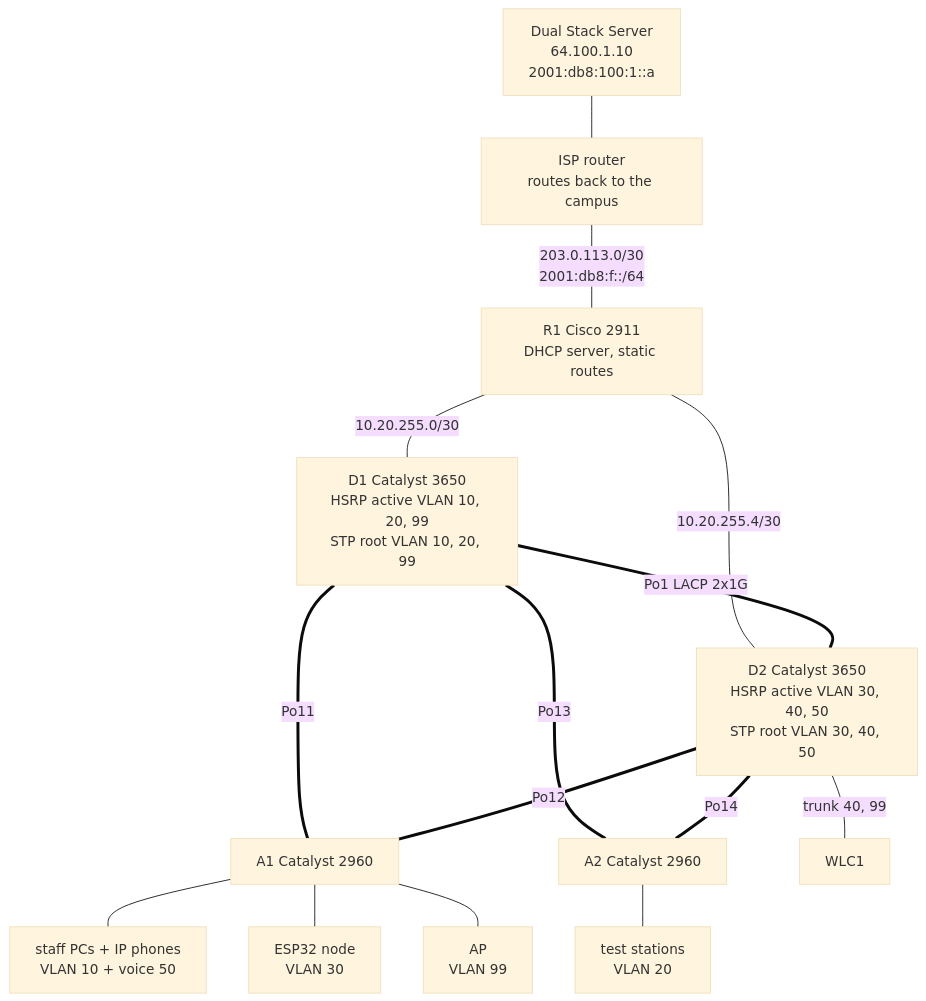
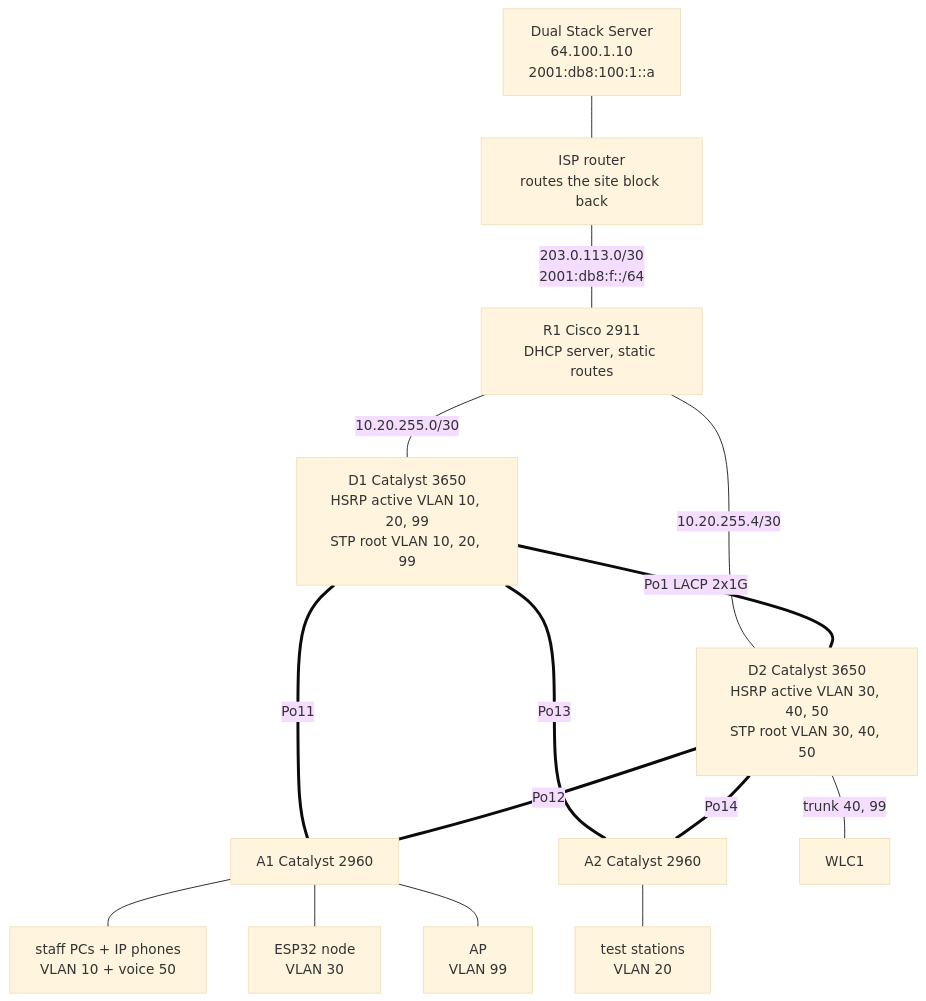
One commit to HannaBeshoy/ccna-campus-network changed the diagram in README.md. Above: the diagram before and after it, drawn with Mermaid (base theme). The commit also changed other lines of this file and 12 other files, not shown here.

First line of the commit message:
Route the whole site block back from the ISP, discard its unused part on R1

````diff
--- a/README.md
+++ b/README.md
@@ -22,17 +22,17 @@
 ```mermaid
 flowchart TB
-    SRV[Dual Stack Server<br/>64.100.1.10<br/>2001:db8:100:1::a] --- ISP[ISP router<br/>routes back to the campus]
+    SRV[Dual Stack Server<br/>64.100.1.10<br/>2001:db8:100:1::a] --- ISP[ISP router<br/>routes the site block back]
     ISP ---|"203.0.113.0/30<br/>2001:db8:f::/64"| R1[R1 Cisco 2911<br/>DHCP server, static routes]
     R1 ---|"10.20.255.0/30"| D1[D1 Catalyst 3650<br/>HSRP active VLAN 10, 20, 99<br/>STP root VLAN 10, 20, 99]
     R1 ---|"10.20.255.4/30"| D2[D2 Catalyst 3650<br/>HSRP active VLAN 30, 40, 50<br/>STP root VLAN 30, 40, 50]
     D1 ===|"Po1 LACP 2x1G"| D2
     D1 ===|Po11| A1[A1 Catalyst 2960]
     D2 ===|Po12| A1
     D1 ===|Po13| A2[A2 Catalyst 2960]
     D2 ===|Po14| A2
     D2 ---|trunk 40, 99| WLC[WLC1]
     A1 --- PC1[staff PCs + IP phones<br/>VLAN 10 + voice 50]
     A1 --- ESP[ESP32 node<br/>VLAN 30]
     A1 --- AP[AP<br/>VLAN 99]
     A2 --- TS[test stations<br/>VLAN 20]
 ```
````
